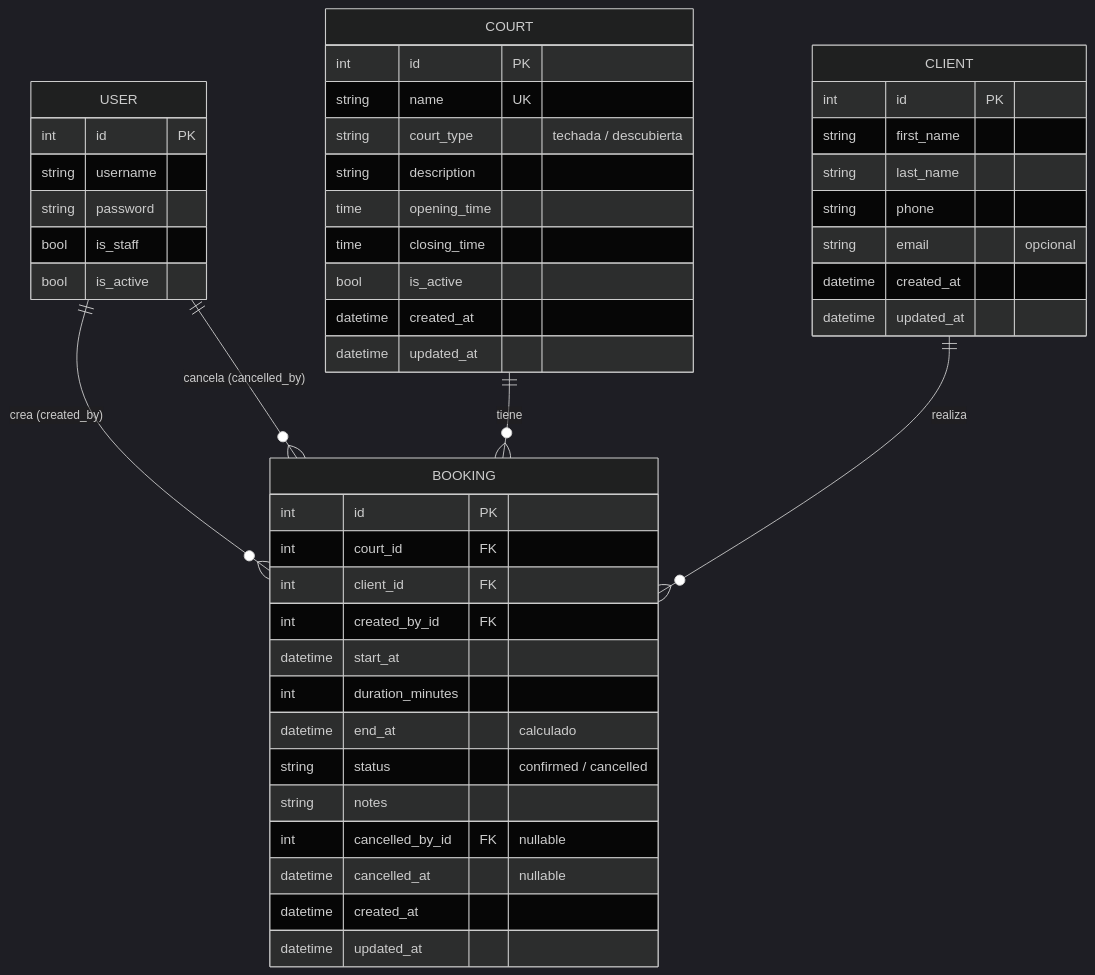
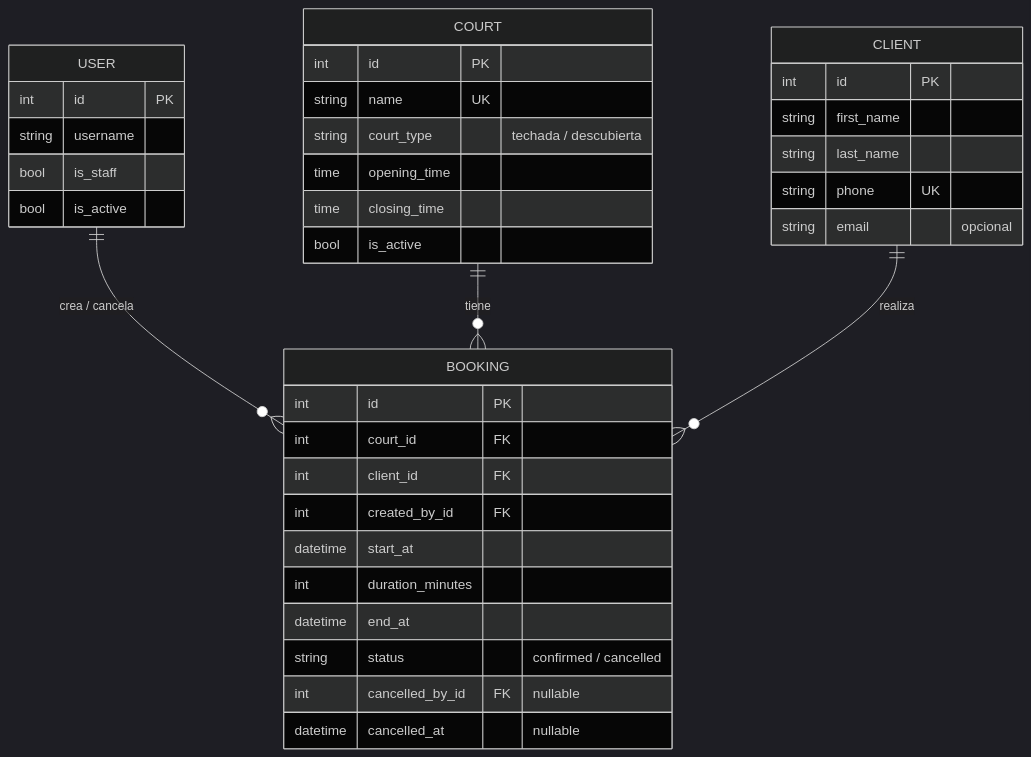
The diagram in docs/MODELO_DATOS.md (stefudemi/total-control), drawn with Mermaid (dark theme) before and after one commit. The commit also changed other lines of this file and 46 other files, not shown here.

````diff
--- a/docs/MODELO_DATOS.md
+++ b/docs/MODELO_DATOS.md
@@ -5,50 +5,40 @@
 ```mermaid
 erDiagram
-    USER ||--o{ BOOKING : "crea (created_by)"
-    USER ||--o{ BOOKING : "cancela (cancelled_by)"
+    USER ||--o{ BOOKING : "crea / cancela"
     COURT ||--o{ BOOKING : "tiene"
     CLIENT ||--o{ BOOKING : "realiza"
 
     USER {
         int id PK
         string username
-        string password
         bool is_staff
         bool is_active
     }
     COURT {
         int id PK
         string name UK
         string court_type "techada / descubierta"
-        string description
         time opening_time
         time closing_time
         bool is_active
-        datetime created_at
-        datetime updated_at
     }
     CLIENT {
         int id PK
         string first_name
         string last_name
-        string phone
+        string phone UK
         string email "opcional"
-        datetime created_at
-        datetime updated_at
     }
     BOOKING {
         int id PK
         int court_id FK
         int client_id FK
         int created_by_id FK
         datetime start_at
         int duration_minutes
-        datetime end_at "calculado"
+        datetime end_at
         string status "confirmed / cancelled"
-        string notes
         int cancelled_by_id FK "nullable"
         datetime cancelled_at "nullable"
-        datetime created_at
-        datetime updated_at
     }
 ```
````
